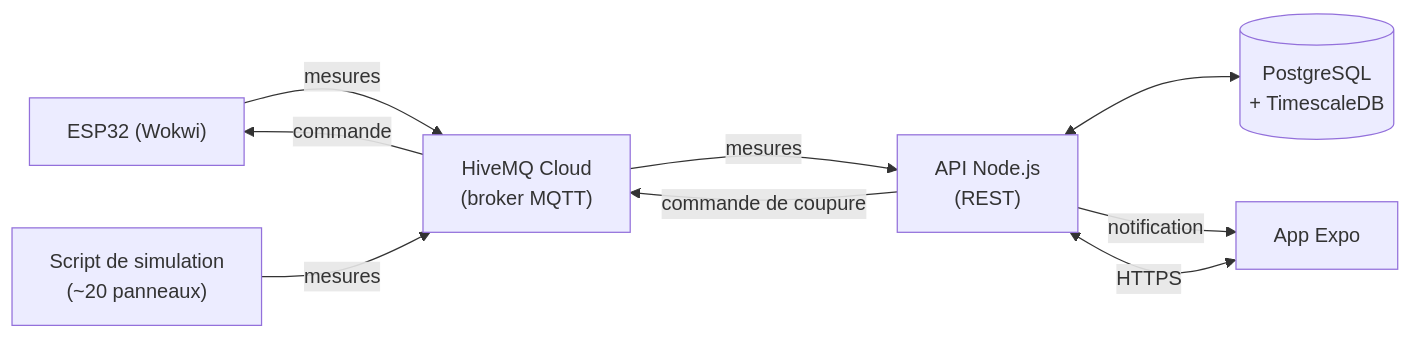
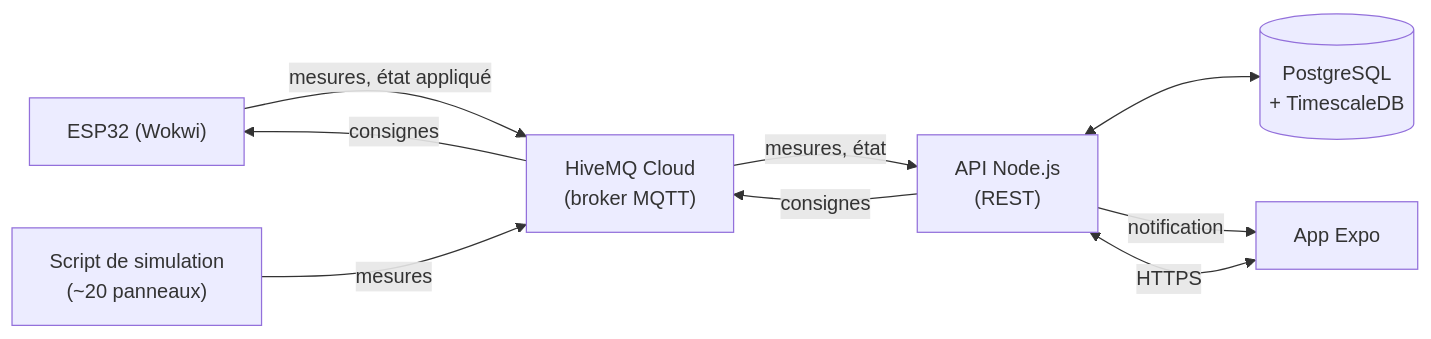
Before and after one commit to SamuelLnds/proj-app-mobile-co: the diagram in docs/etude-faisabilite-parc-solaire.md, drawn with Mermaid. The commit also changed other lines of this file and 1 other file, not shown here.

````diff
--- a/docs/etude-faisabilite-parc-solaire.md
+++ b/docs/etude-faisabilite-parc-solaire.md
@@ -76,11 +115,11 @@
 ```mermaid
 flowchart LR
-  ESP["ESP32 (Wokwi)"] -- "mesures" --> B["HiveMQ Cloud<br/>(broker MQTT)"]
+  ESP["ESP32 (Wokwi)"] -- "mesures, état appliqué" --> B["HiveMQ Cloud<br/>(broker MQTT)"]
   SIM["Script de simulation<br/>(~20 panneaux)"] -- "mesures" --> B
-  B -- "mesures" --> API["API Node.js<br/>(REST)"]
-  API -- "commande de coupure" --> B
-  B -- "commande" --> ESP
+  B -- "mesures, état" --> API["API Node.js<br/>(REST)"]
+  API -- "consignes" --> B
+  B -- "consignes" --> ESP
   API <--> DB[("PostgreSQL<br/>+ TimescaleDB")]
   APP["App Expo"] <-- "HTTPS" --> API
   API -- "notification" --> APP
 ```
````
